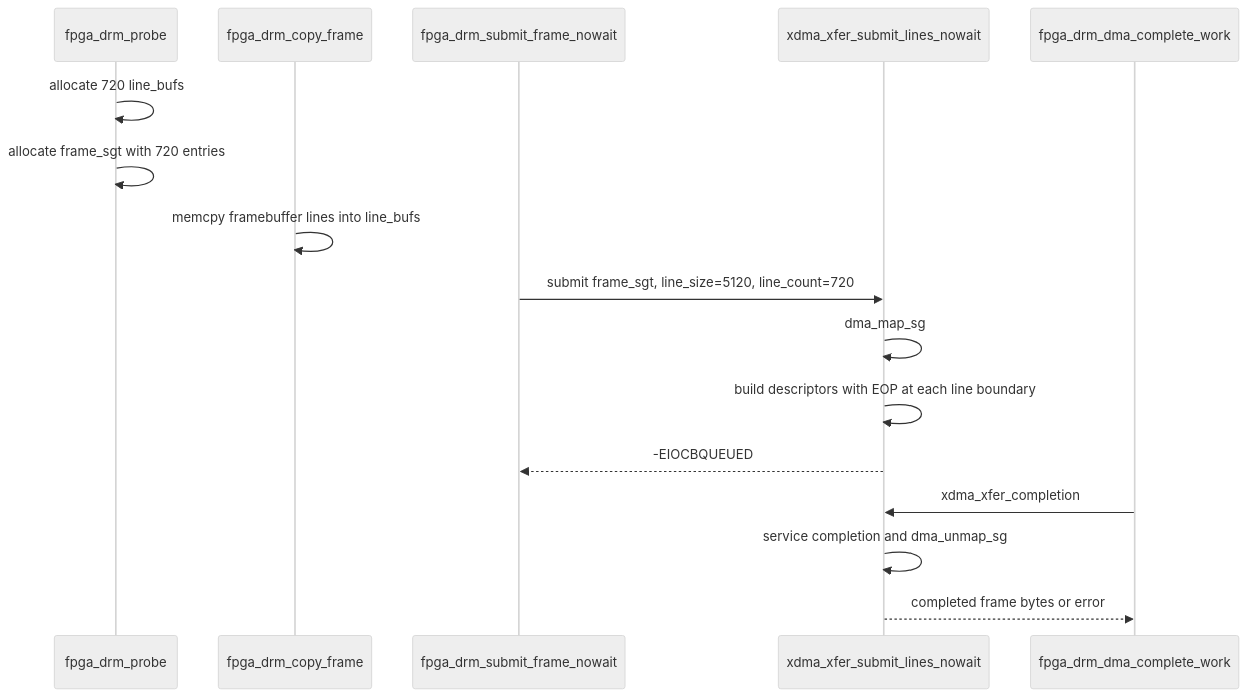
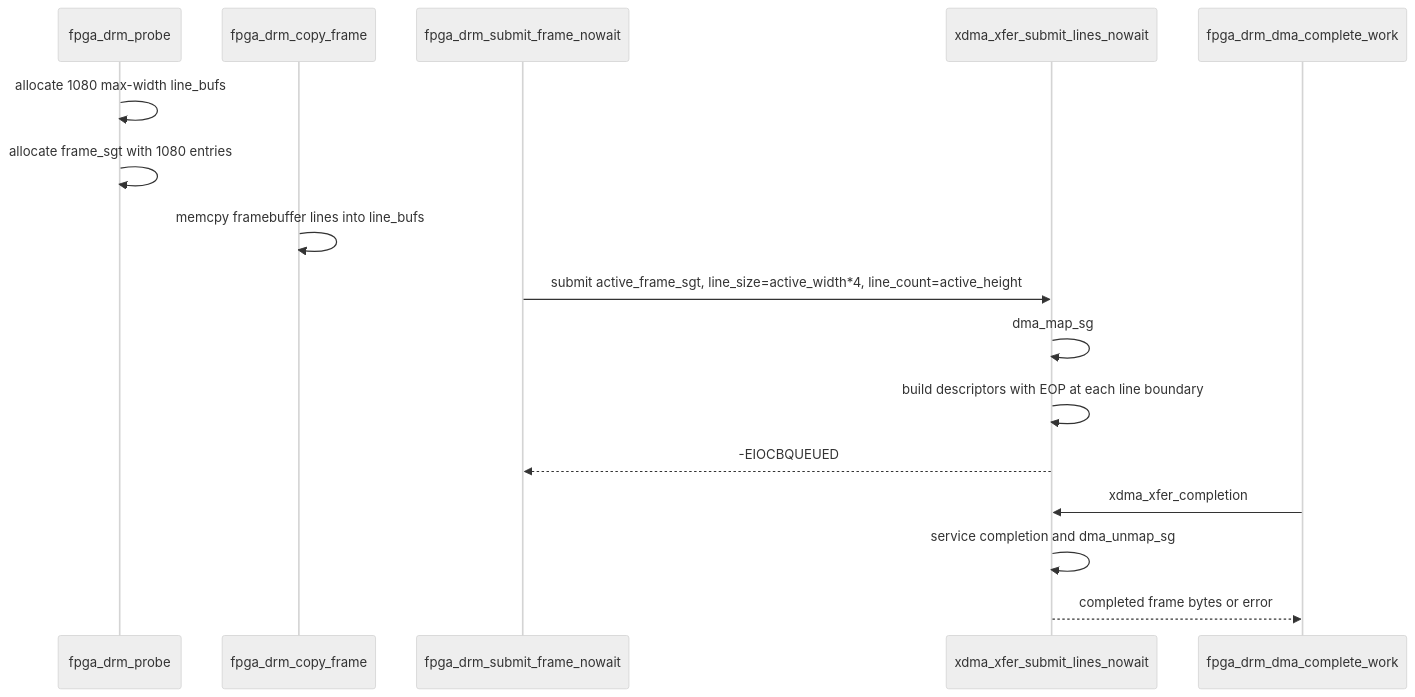
One commit to alpkoyun/Simple-Display-Controller changed the diagram in doc/Linux_DRM_Driver_AI_GEN_documents/memory_and_dma.md. Above: the diagram before and after it, drawn with Mermaid (neutral theme). The commit also changed other lines of this file and 19 other files, not shown here.

````diff
--- a/doc/Linux_DRM_Driver_AI_GEN_documents/memory_and_dma.md
+++ b/doc/Linux_DRM_Driver_AI_GEN_documents/memory_and_dma.md
@@ -20,18 +22,18 @@
 ```mermaid
 sequenceDiagram
     participant Probe as fpga_drm_probe
     participant Copy as fpga_drm_copy_frame
     participant Submit as fpga_drm_submit_frame_nowait
     participant XDMA as xdma_xfer_submit_lines_nowait
     participant Done as fpga_drm_dma_complete_work
-    Probe->>Probe: allocate 720 line_bufs
-    Probe->>Probe: allocate frame_sgt with 720 entries
+    Probe->>Probe: allocate 1080 max-width line_bufs
+    Probe->>Probe: allocate frame_sgt with 1080 entries
     Copy->>Copy: memcpy framebuffer lines into line_bufs
-    Submit->>XDMA: submit frame_sgt, line_size=5120, line_count=720
+    Submit->>XDMA: submit active_frame_sgt, line_size=active_width*4, line_count=active_height
     XDMA->>XDMA: dma_map_sg
     XDMA->>XDMA: build descriptors with EOP at each line boundary
     XDMA-->>Submit: -EIOCBQUEUED
     Done->>XDMA: xdma_xfer_completion
     XDMA->>XDMA: service completion and dma_unmap_sg
     XDMA-->>Done: completed frame bytes or error
 ```
````
